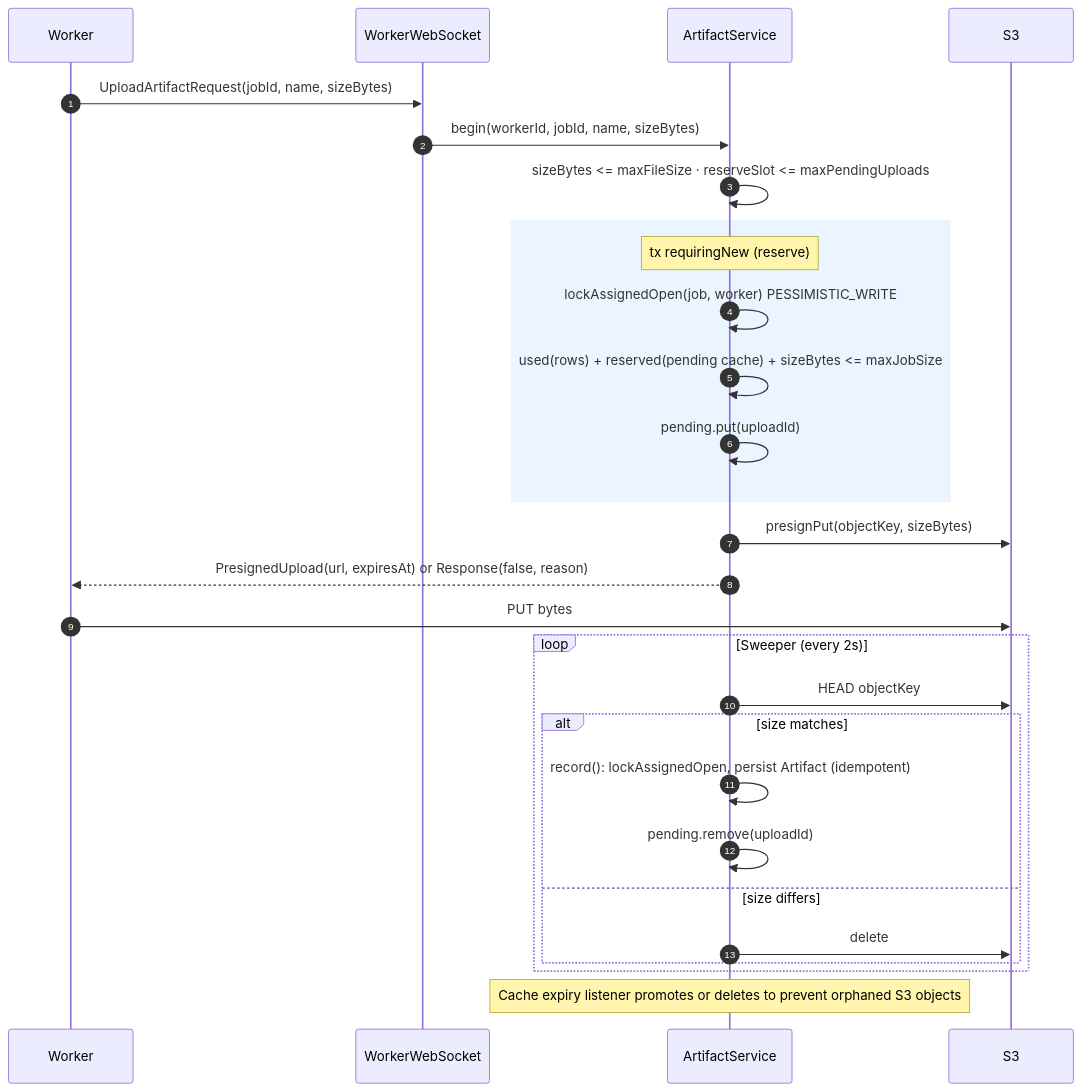
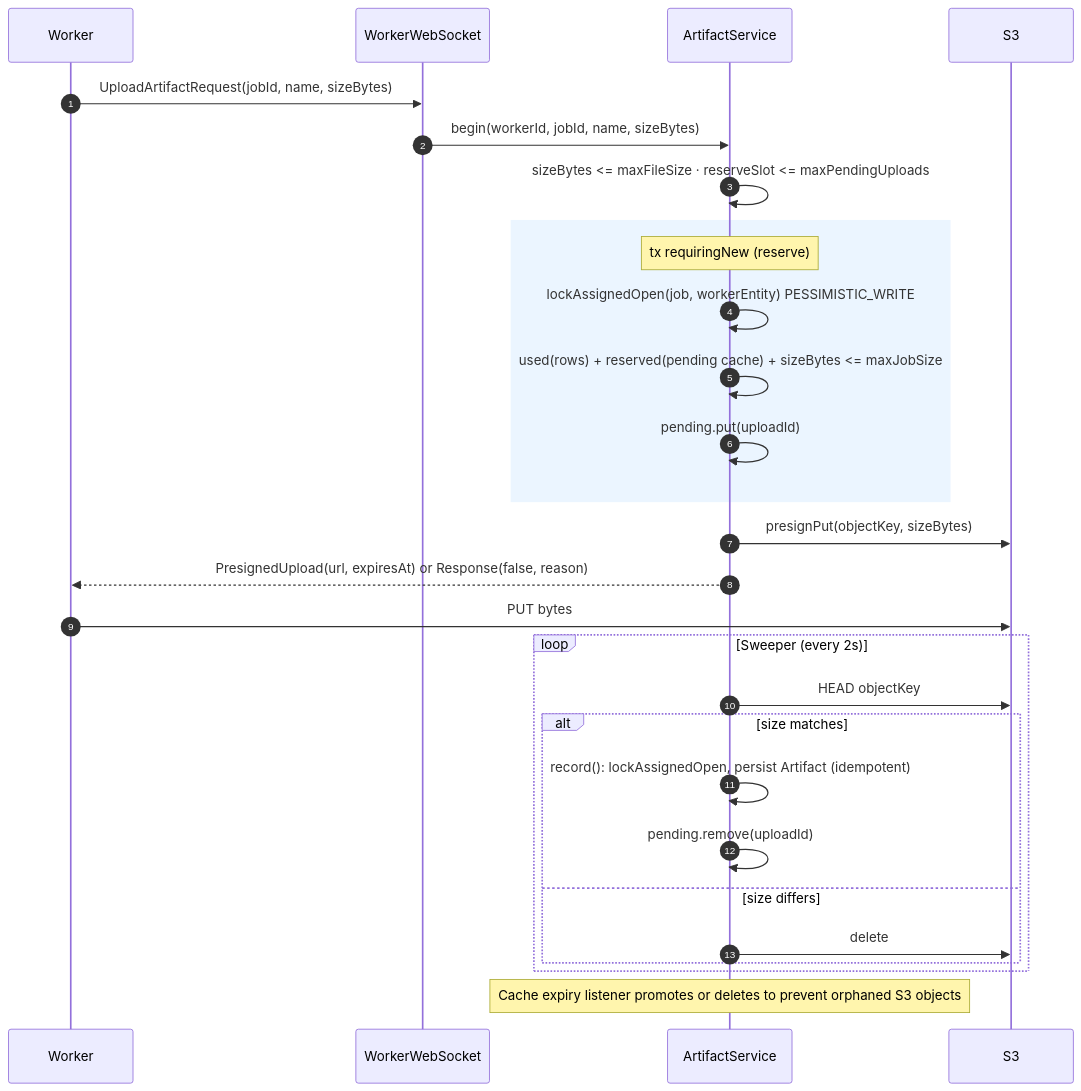
The diagram in agent-docs/artifacts.md (iceBear67/prts-central), drawn with Mermaid before and after one commit. The commit also changed other lines of this file and 51 other files, not shown here.

````diff
--- a/agent-docs/artifacts.md
+++ b/agent-docs/artifacts.md
@@ -7,31 +7,31 @@
 ```mermaid
 sequenceDiagram
     autonumber
     participant W as Worker
     participant WS as WorkerWebSocket
     participant A as ArtifactService
     participant S3
 
     W->>WS: UploadArtifactRequest(jobId, name, sizeBytes)
     WS->>A: begin(workerId, jobId, name, sizeBytes)
     A->>A: sizeBytes <= maxFileSize · reserveSlot <= maxPendingUploads
     rect rgb(235, 245, 255)
         Note over A: tx requiringNew (reserve)
-        A->>A: lockAssignedOpen(job, worker) PESSIMISTIC_WRITE
+        A->>A: lockAssignedOpen(job, workerEntity) PESSIMISTIC_WRITE
         A->>A: used(rows) + reserved(pending cache) + sizeBytes <= maxJobSize
         A->>A: pending.put(uploadId)
     end
     A->>S3: presignPut(objectKey, sizeBytes)
     A-->>W: PresignedUpload(url, expiresAt) or Response(false, reason)
     W->>S3: PUT bytes
     loop Sweeper (every 2s)
         A->>S3: HEAD objectKey
         alt size matches
             A->>A: record(): lockAssignedOpen, persist Artifact (idempotent)
             A->>A: pending.remove(uploadId)
         else size differs
             A->>S3: delete
         end
     end
     Note over A: Cache expiry listener promotes or deletes to prevent orphaned S3 objects
 ```
````
